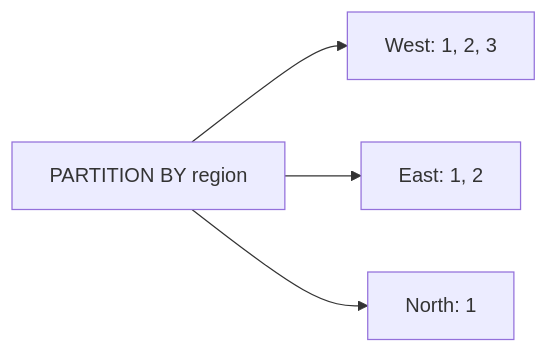
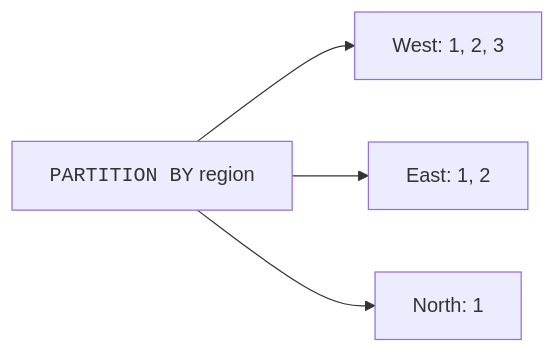
Before and after one commit to dataslope/dataslope: the first of 2 diagrams in content/courses/sql-analytics-duckdb/ranking-and-row-number.mdx, drawn with Mermaid. The commit also changed other lines of this file and 283 other files, not shown here.

First line of the commit message:
Diagrams as elements, not characters: fix the box model, sweep the corpus, and make syntax breakdowns a convention (#652)

````diff
--- a/content/courses/sql-analytics-duckdb/ranking-and-row-number.mdx
+++ b/content/courses/sql-analytics-duckdb/ranking-and-row-number.mdx
@@ -134,6 +143,6 @@
 ```mermaid
 flowchart LR
-    P["PARTITION BY region"] --> W["West: 1, 2, 3"]
+    P["<code>PARTITION BY</code> region"] --> W["West: 1, 2, 3"]
     P --> E["East: 1, 2"]
     P --> N["North: 1"]
 ```
````
